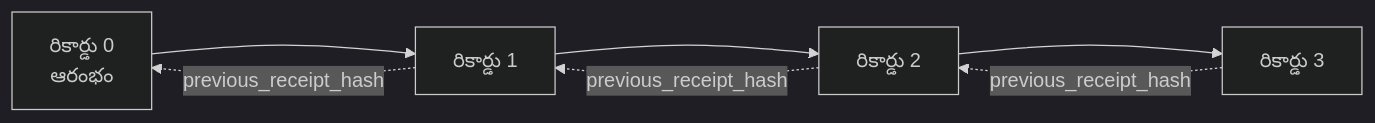
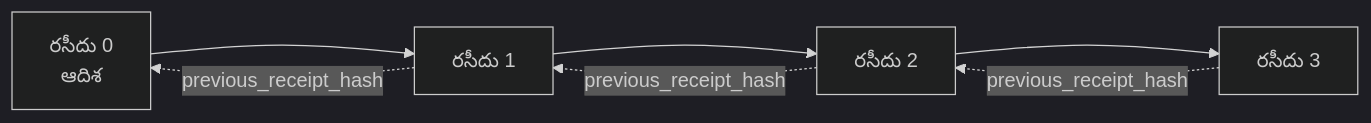
One commit to microsoft/ai-agents-for-beginners changed the second of 2 diagrams in translations/te/18-securing-ai-agents/README.md. Above: the diagram before and after it, drawn with Mermaid (dark theme). The commit also changed other lines of this file and 224 other files, not shown here.

````diff
--- a/translations/te/18-securing-ai-agents/README.md
+++ b/translations/te/18-securing-ai-agents/README.md
@@ -206,9 +206,9 @@
 ```mermaid
 flowchart LR
-    R0[రికార్డు 0<br/>ఆరంభం] --> R1[రికార్డు 1]
-    R1 --> R2[రికార్డు 2]
-    R2 --> R3[రికార్డు 3]
+    R0[రసీదు 0<br/>ఆదిశ] --> R1[రసీదు 1]
+    R1 --> R2[రసీదు 2]
+    R2 --> R3[రసీదు 3]
     R1 -. previous_receipt_hash .-> R0
     R2 -. previous_receipt_hash .-> R1
     R3 -. previous_receipt_hash .-> R2
 ```
````
